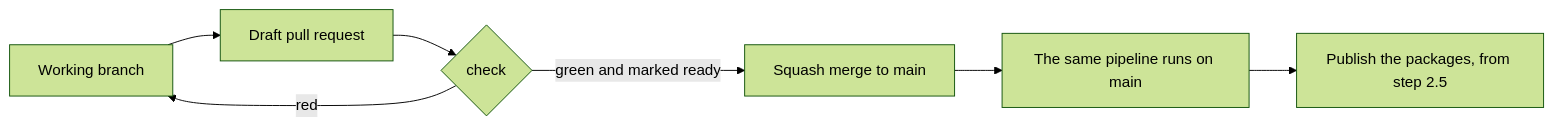
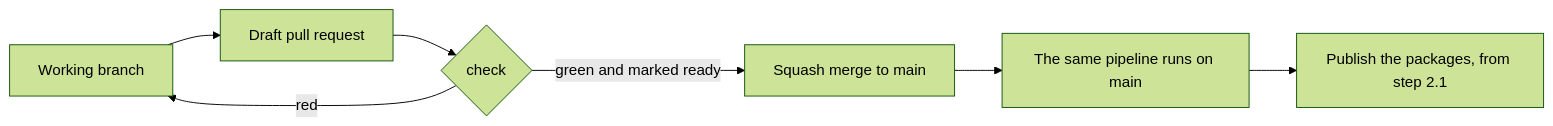
One commit to zigordev/toolkit changed the diagram in docs/cloud-first-deploy.md. Above: the diagram before and after it, drawn with Mermaid (forest theme). The commit also changed other lines of this file and 1 other file, not shown here.

Commit message:
docs: follow the new order of phase 2
The owner decided on 2026-11-22 that phase 2 starts with publishing. The platform repo
installs @zigordev/dev from npm, so the package has to be there before the repo is
created. Publishing moves from step 2.5 to step 2.1 in the build plan, and the first
slice of the template moves from step 2.6 to step 2.7.

Four places in the docs name those steps.

````diff
--- a/docs/cloud-first-deploy.md
+++ b/docs/cloud-first-deploy.md
@@ -16,9 +16,9 @@
 ```mermaid
 flowchart LR
   branch["Working branch"] --> draft["Draft pull request"]
   draft --> check{check}
   check -->|red| branch
   check -->|green and marked ready| merge["Squash merge to main"]
   merge --> run["The same pipeline runs on main"]
-  run --> publish["Publish the packages, from step 2.5"]
+  run --> publish["Publish the packages, from step 2.1"]
 ```
````
